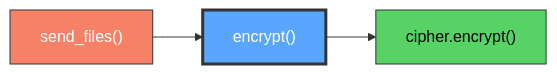
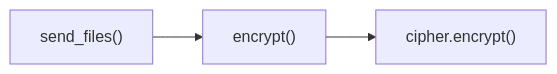
One commit to proudsunburn/ftransfer changed the diagram in docs/encrypt.md. Above: the diagram before and after it, drawn with Mermaid. The commit also changed 23 other files, not shown here.

Commit message:
MINOR: Remove colors from mermaid for easy light/dark mode switching

````diff
--- a/docs/encrypt.md
+++ b/docs/encrypt.md
@@ -11,13 +11,9 @@
 ```mermaid
 graph LR
-    send_files["send_files()"]:::red
-    encrypt["encrypt()"]:::highlight
-    cipher_encrypt["cipher.encrypt()"]:::green
+    send_files["send_files()"]
+    encrypt["encrypt()"]
+    cipher_encrypt["cipher.encrypt()"]
 
     send_files --> encrypt
     encrypt --> cipher_encrypt
-
-    classDef red fill:#f78166,stroke:#333,color:#fff
-    classDef highlight fill:#58a6ff,stroke:#333,color:#fff,stroke-width:3px
-    classDef green fill:#56d364,stroke:#333,color:#000
 ```
````
